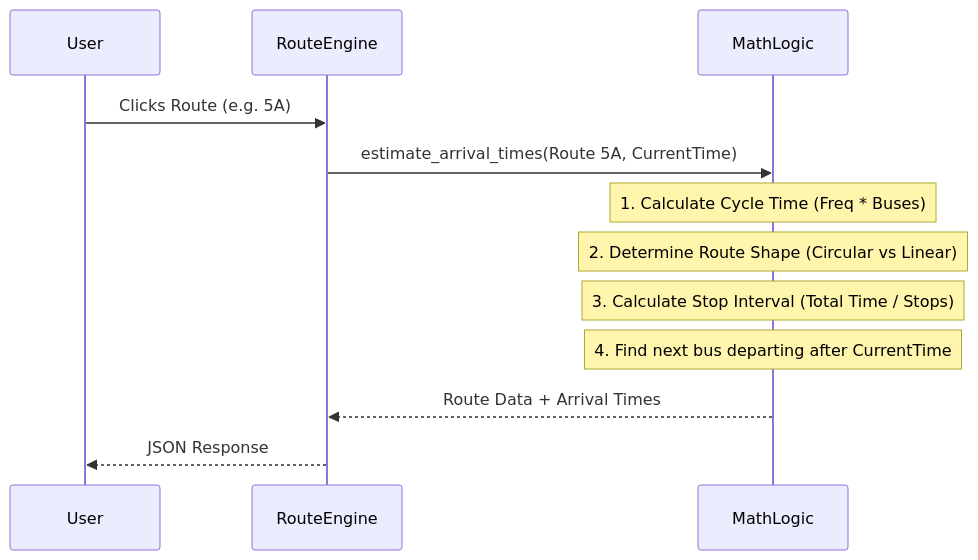
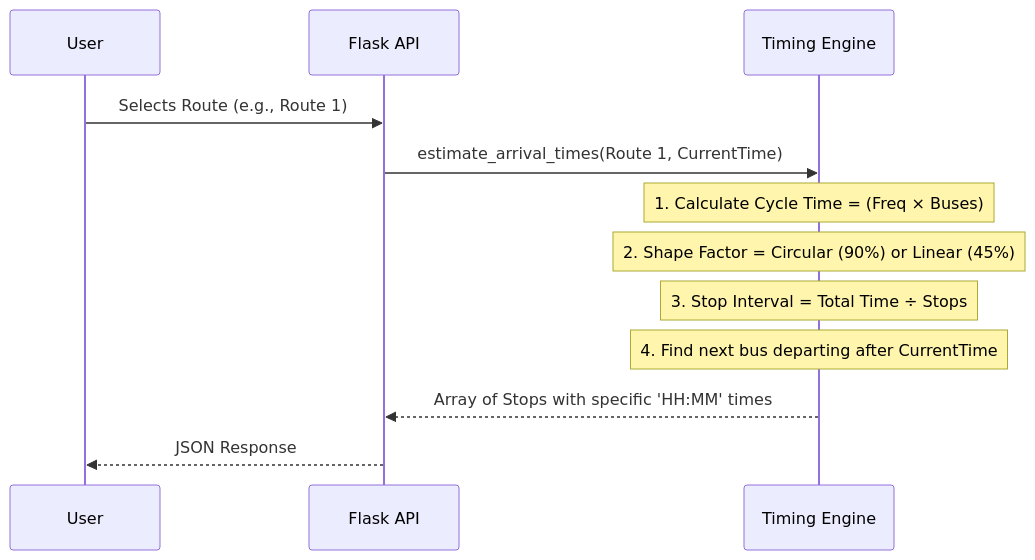
One commit to vishalbudhathoki/CTU-Bus-route-visualizer changed the second of 3 diagrams in explanation.md. Above: the diagram before and after it, drawn with Mermaid. The commit also changed other lines of this file, not shown here.

Commit message:
docs: overhaul explanation.md with system architecture diagrams and detailed technical documentation

````diff
--- a/explanation.md
+++ b/explanation.md
@@ -47,15 +51,15 @@
 ```mermaid
 sequenceDiagram
     participant User
-    participant RouteEngine
-    participant MathLogic
+    participant API as Flask API
+    participant Math as Timing Engine
 
-    User->>RouteEngine: Clicks Route (e.g. 5A)
-    RouteEngine->>MathLogic: estimate_arrival_times(Route 5A, CurrentTime)
-    Note over MathLogic: 1. Calculate Cycle Time (Freq * Buses)
-    Note over MathLogic: 2. Determine Route Shape (Circular vs Linear)
-    Note over MathLogic: 3. Calculate Stop Interval (Total Time / Stops)
-    Note over MathLogic: 4. Find next bus departing after CurrentTime
-    MathLogic-->>RouteEngine: Route Data + Arrival Times
-    RouteEngine-->>User: JSON Response
+    User->>API: Selects Route (e.g., Route 1)
+    API->>Math: estimate_arrival_times(Route 1, CurrentTime)
+    Note over Math: 1. Calculate Cycle Time = (Freq × Buses)
+    Note over Math: 2. Shape Factor = Circular (90%) or Linear (45%)
+    Note over Math: 3. Stop Interval = Total Time ÷ Stops
+    Note over Math: 4. Find next bus departing after CurrentTime
+    Math-->>API: Array of Stops with specific 'HH:MM' times
+    API-->>User: JSON Response
 ```
````
